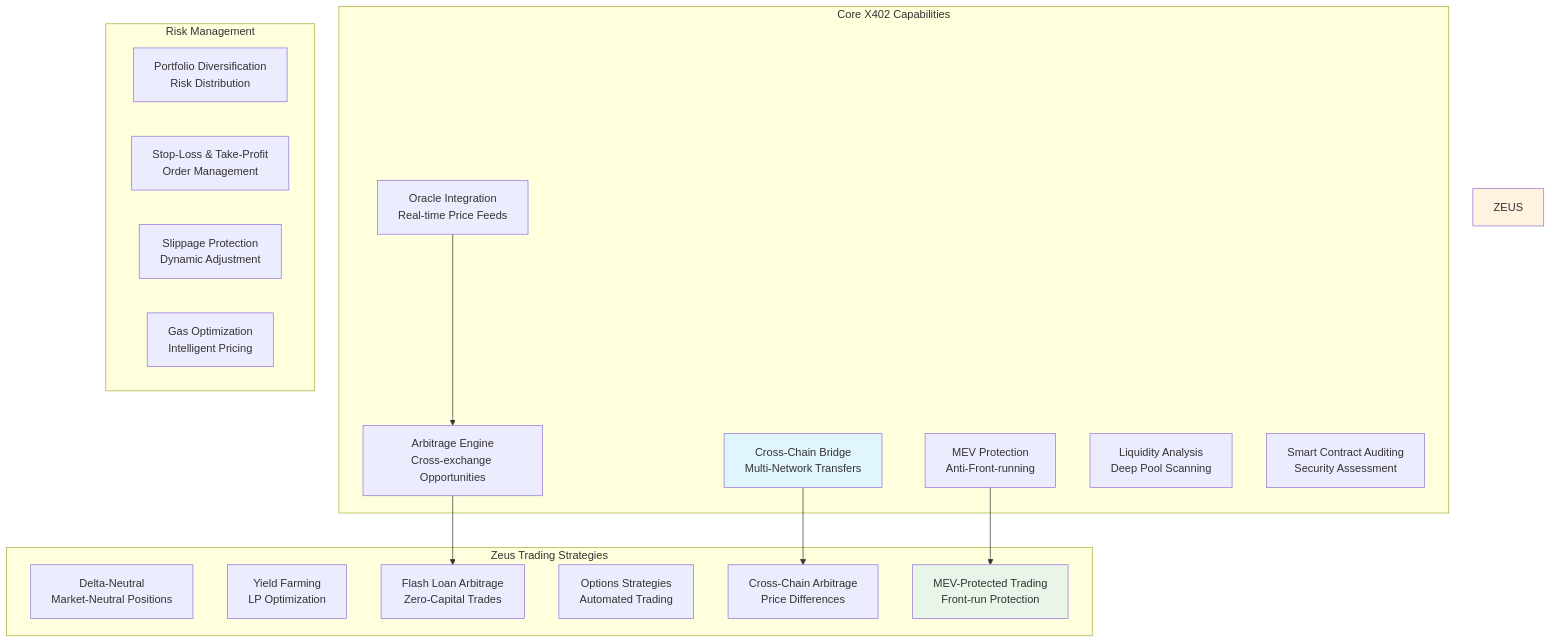
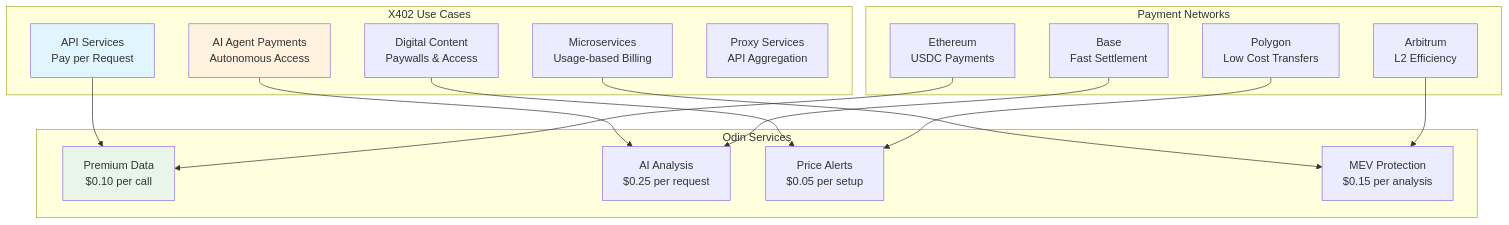
The third of 6 diagrams in apps/odin/README.md (jconstantine627752-maker/Odysseus), drawn with Mermaid before and after one commit. The commit also changed other lines of this file and 9 other files, not shown here.

First line of the commit message:
feat: Complete rework to implement real X402 payment protocol

````diff
--- a/apps/odin/README.md
+++ b/apps/odin/README.md
@@ -85,36 +85,38 @@
 ```mermaid
 graph TD
-    subgraph "Core X402 Capabilities"
-        BRIDGE[Cross-Chain Bridge<br/>Multi-Network Transfers]
-        ORACLE[Oracle Integration<br/>Real-time Price Feeds]
-        MEV[MEV Protection<br/>Anti-Front-running]
-        ARB[Arbitrage Engine<br/>Cross-exchange Opportunities]
-        LIQ[Liquidity Analysis<br/>Deep Pool Scanning]
-        AUDIT[Smart Contract Auditing<br/>Security Assessment]
+    subgraph "X402 Use Cases"
+        API[API Services<br/>Pay per Request]
+        AI[AI Agent Payments<br/>Autonomous Access]
+        CONTENT[Digital Content<br/>Paywalls & Access]
+        MICRO[Microservices<br/>Usage-based Billing]
+        PROXY[Proxy Services<br/>API Aggregation]
     end
     
-    subgraph "Zeus Trading Strategies"
-        DELTA[Delta-Neutral<br/>Market-Neutral Positions]
-        YIELD[Yield Farming<br/>LP Optimization]
-        FLASH[Flash Loan Arbitrage<br/>Zero-Capital Trades]
-        OPTIONS[Options Strategies<br/>Automated Trading]
-        CROSS[Cross-Chain Arbitrage<br/>Price Differences]
-        PROTECTED[MEV-Protected Trading<br/>Front-run Protection]
+    subgraph "Payment Networks"
+        ETH[Ethereum<br/>USDC Payments]
+        POLY[Polygon<br/>Low Cost Transfers]
+        BASE[Base<br/>Fast Settlement]
+        ARB[Arbitrum<br/>L2 Efficiency]
     end
     
-    subgraph "Risk Management"
-        PORTFOLIO[Portfolio Diversification<br/>Risk Distribution]
-        STOPS[Stop-Loss & Take-Profit<br/>Order Management]
-        SLIPPAGE[Slippage Protection<br/>Dynamic Adjustment]
-        GAS[Gas Optimization<br/>Intelligent Pricing]
+    subgraph "Odin Services"
+        PREMIUM[Premium Data<br/>$0.10 per call]
+        ANALYSIS[AI Analysis<br/>$0.25 per request]
+        ALERTS[Price Alerts<br/>$0.05 per setup]
+        MEV[MEV Protection<br/>$0.15 per analysis]
     end
     
-    BRIDGE --> CROSS
-    ORACLE --> ARB
-    MEV --> PROTECTED
-    ARB --> FLASH
+    API --> PREMIUM
+    AI --> ANALYSIS
+    CONTENT --> ALERTS
+    MICRO --> MEV
     
-    style BRIDGE fill:#e1f5fe
-    style ZEUS fill:#fff3e0
-    style PROTECTED fill:#e8f5e8
+    ETH --> PREMIUM
+    BASE --> ANALYSIS
+    POLY --> ALERTS
+    ARB --> MEV
+    
+    style API fill:#e1f5fe
+    style AI fill:#fff3e0
+    style PREMIUM fill:#e8f5e8
 ```
````
